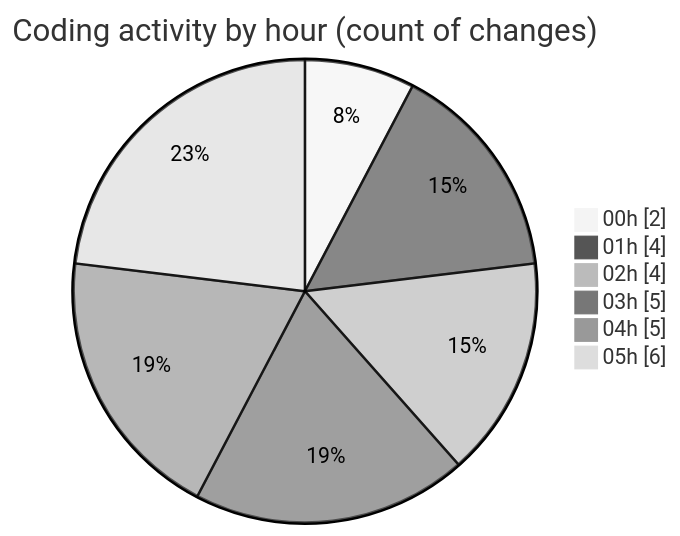
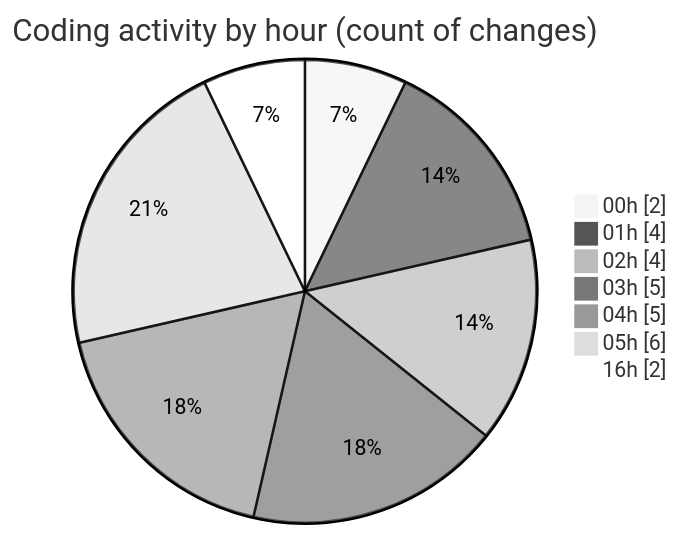
One commit to lephambinh05/code-tracking changed the second of 2 diagrams in 2025-08-08/studybuddy/README.md. Above: the diagram before and after it, drawn with Mermaid (neutral theme). The commit also changed other lines of this file and 1 other file, not shown here.

````diff
--- a/2025-08-08/studybuddy/README.md
+++ b/2025-08-08/studybuddy/README.md
@@ -38,10 +40,11 @@
 ```mermaid
 pie showData
 title Coding activity by hour (count of changes)
 "00h" : 2
 "01h" : 4
 "02h" : 4
 "03h" : 5
 "04h" : 5
 "05h" : 6
+"16h" : 2
 ```
````
